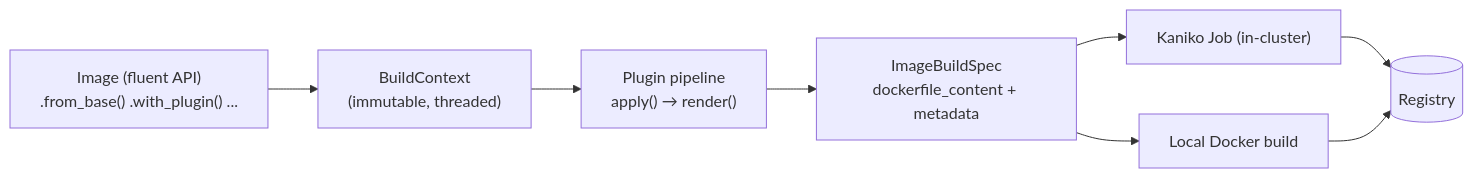
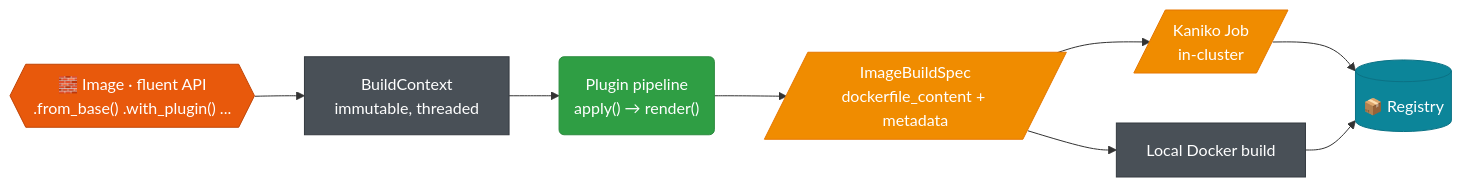
Before and after one commit to JetBrains-Research/idegym: the diagram in website/docs/architecture/image-builder.md, drawn with Mermaid. The commit also changed 10 other files, not shown here.

First line of the commit message:
[JBRes-9938] restyle diagrams: shapes, colors, aligned labels; no dead-click nodes

````diff
--- a/website/docs/architecture/image-builder.md
+++ b/website/docs/architecture/image-builder.md
@@ -16,21 +16,27 @@
 ```mermaid
 flowchart LR
-    img["Image (fluent API)<br/>.from_base() .with_plugin() ..."]
-    ctx["BuildContext<br/>(immutable, threaded)"]
-    plugins["Plugin pipeline<br/>apply() → render()"]
-    spec["ImageBuildSpec<br/>dockerfile_content + metadata"]
-    kaniko["Kaniko Job (in-cluster)"]
-    docker["Local Docker build"]
-    reg[("Registry")]
+    img{{"🧱 Image · fluent API<br/>.from_base() .with_plugin() ..."}}:::ctrl
+    ctx["BuildContext<br/>immutable, threaded"]:::infra
+    plugins("Plugin pipeline<br/>apply() → render()"):::tool
+    spec[/"ImageBuildSpec<br/>dockerfile_content + metadata"/]:::build
+    kaniko[/"Kaniko Job<br/>in-cluster"/]:::build
+    docker["Local Docker build"]:::infra
+    reg[("📦 Registry")]:::store
 
     img --> ctx --> plugins --> spec
     spec --> kaniko --> reg
     spec --> docker --> reg
+
+    classDef ctrl fill:#e8590c,stroke:#c04405,color:#fff;
+    classDef infra fill:#495057,stroke:#343a40,color:#fff;
+    classDef tool fill:#2f9e44,stroke:#2b8a3e,color:#fff;
+    classDef build fill:#f08c00,stroke:#e67700,color:#fff;
+    classDef store fill:#0c8599,stroke:#0b7285,color:#fff;
 
     click img "https://github.com/JetBrains-Research/idegym/blob/main/image-builder/src/idegym/image/builder.py" "Image fluent API source"
     click plugins "https://github.com/JetBrains-Research/idegym/blob/main/plugins/defaults/src/idegym/plugins/defaults/image.py" "Built-in image plugins source"
     click ctx "https://github.com/JetBrains-Research/idegym/blob/main/api/src/idegym/api/plugin.py" "BuildContext source"
     click spec "https://github.com/JetBrains-Research/idegym/blob/main/api/src/idegym/api/image_build.py" "ImageBuildSpec source"
     click docker "https://github.com/JetBrains-Research/idegym/blob/main/image-builder/src/idegym/image/docker_api.py" "Docker build source"
     click kaniko "https://github.com/JetBrains-Research/idegym/blob/main/backend-utils/src/idegym/backend/utils/kubernetes_client.py" "Kaniko submit source"
 ```
````
